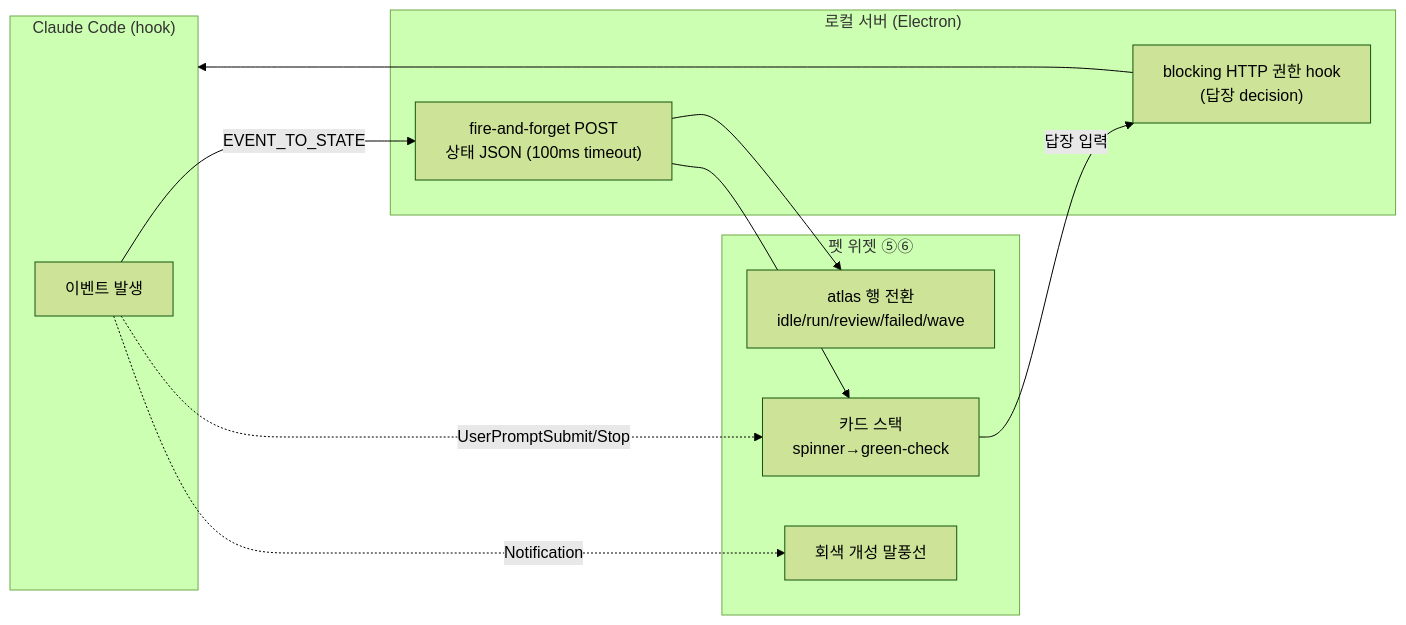
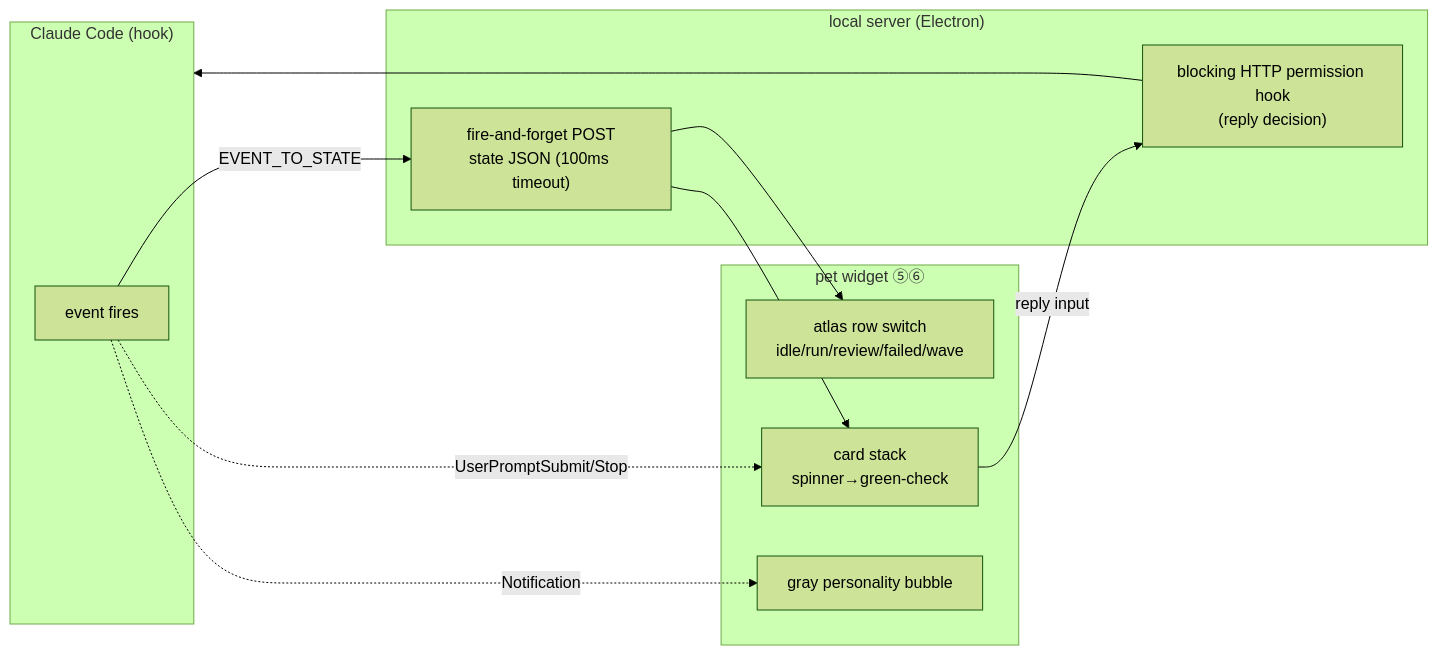
The fourth of 8 diagrams in docs/04-pet-ui/pet-and-cards.md (amsminn/Claude-Pet), drawn with Mermaid (forest theme) before and after one commit. The commit also changed other lines of this file and 48 other files, not shown here.

````diff
--- a/docs/04-pet-ui/pet-and-cards.md
+++ b/docs/04-pet-ui/pet-and-cards.md
@@ -248,20 +248,20 @@
 ```mermaid
 flowchart LR
     subgraph claude["Claude Code (hook)"]
-        ev["이벤트 발생"]
+        ev["event fires"]
     end
-    subgraph bridge["로컬 서버 (Electron)"]
-        post["fire-and-forget POST<br/>상태 JSON (100ms timeout)"]
-        perm["blocking HTTP 권한 hook<br/>(답장 decision)"]
+    subgraph bridge["local server (Electron)"]
+        post["fire-and-forget POST<br/>state JSON (100ms timeout)"]
+        perm["blocking HTTP permission hook<br/>(reply decision)"]
     end
-    subgraph pet["펫 위젯 ⑤⑥"]
-        sprite["atlas 행 전환<br/>idle/run/review/failed/wave"]
-        card["카드 스택<br/>spinner→green-check"]
-        bubble["회색 개성 말풍선"]
+    subgraph pet["pet widget ⑤⑥"]
+        sprite["atlas row switch<br/>idle/run/review/failed/wave"]
+        card["card stack<br/>spinner→green-check"]
+        bubble["gray personality bubble"]
     end
     ev -->|EVENT_TO_STATE| post --> sprite
     post --> card
     ev -.UserPromptSubmit/Stop.-> card
     ev -.Notification.-> bubble
-    card -->|답장 입력| perm --> claude
+    card -->|reply input| perm --> claude
 ```
````
